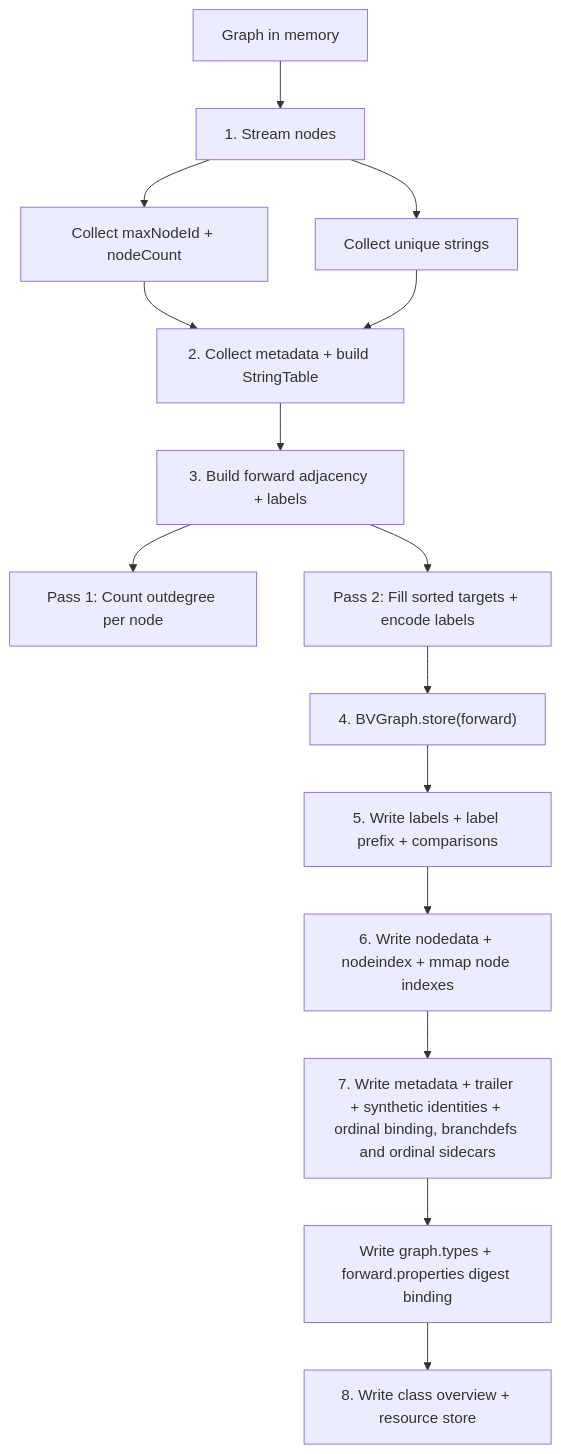
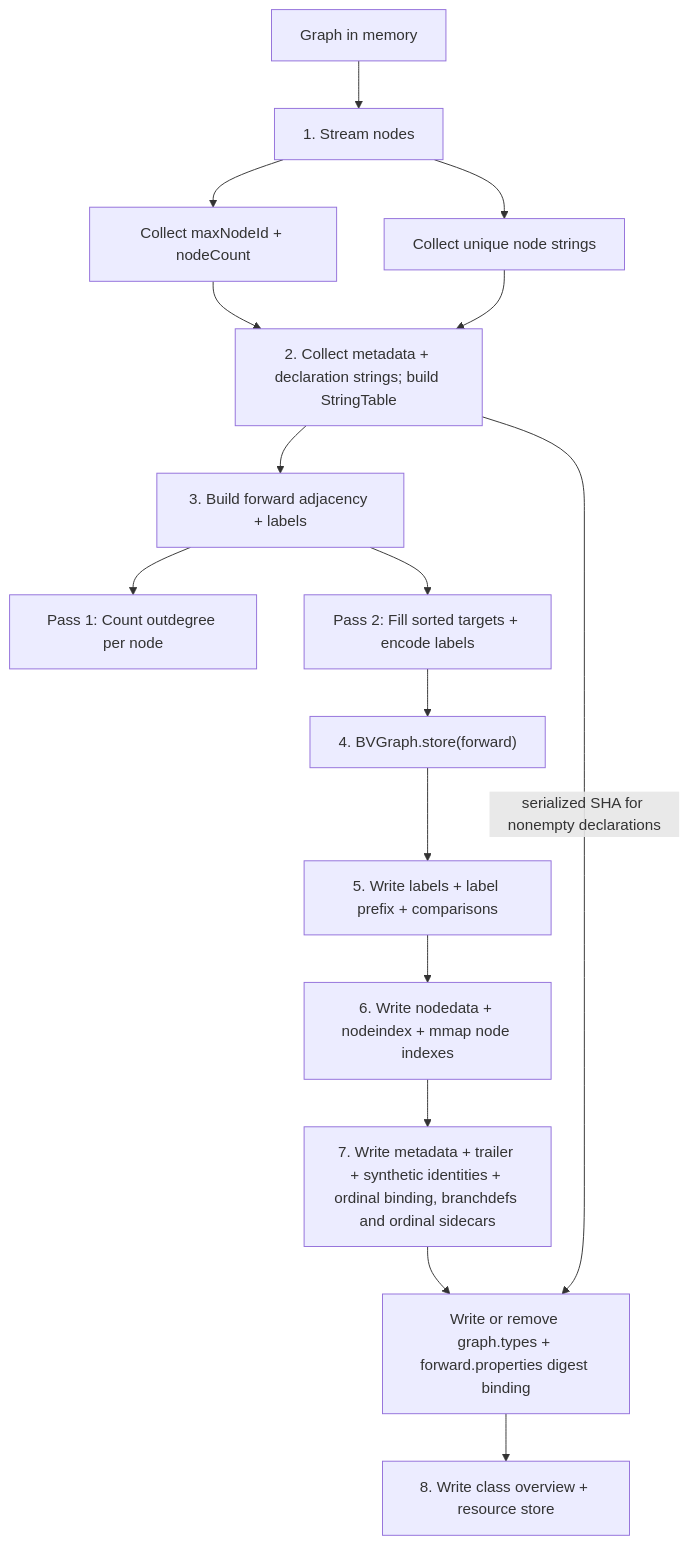
The third of 4 diagrams in docs/webgraph-storage.md (johnsonlee/graphite), drawn with Mermaid before and after one commit. The commit also changed other lines of this file and 20 other files, not shown here.

Commit message:
refactor: share graph strings with declared type storage

````diff
--- a/docs/webgraph-storage.md
+++ b/docs/webgraph-storage.md
@@ -321,16 +320,17 @@
 ```mermaid
 graph TD
     A[Graph in memory] --> B[1. Stream nodes]
     B --> B1[Collect maxNodeId + nodeCount]
-    B --> B2[Collect unique strings]
-    B1 & B2 --> C[2. Collect metadata + build StringTable]
+    B --> B2[Collect unique node strings]
+    B1 & B2 --> C["2. Collect metadata + declaration strings; build StringTable"]
     C --> D["3. Build forward adjacency + labels"]
     D --> D1["Pass 1: Count outdegree per node"]
     D --> D2["Pass 2: Fill sorted targets + encode labels"]
     D2 --> E["4. BVGraph.store(forward)"]
     E --> F[5. Write labels + label prefix + comparisons]
     F --> G["6. Write nodedata + nodeindex + mmap node indexes"]
     G --> H[7. Write metadata + trailer + synthetic identities + ordinal binding, branchdefs and ordinal sidecars]
-    H --> T[Write graph.types + forward.properties digest binding]
+    H --> T[Write or remove graph.types + forward.properties digest binding]
+    C -->|"serialized SHA for nonempty declarations"| T
     T --> I[8. Write class overview + resource store]
 ```
````
